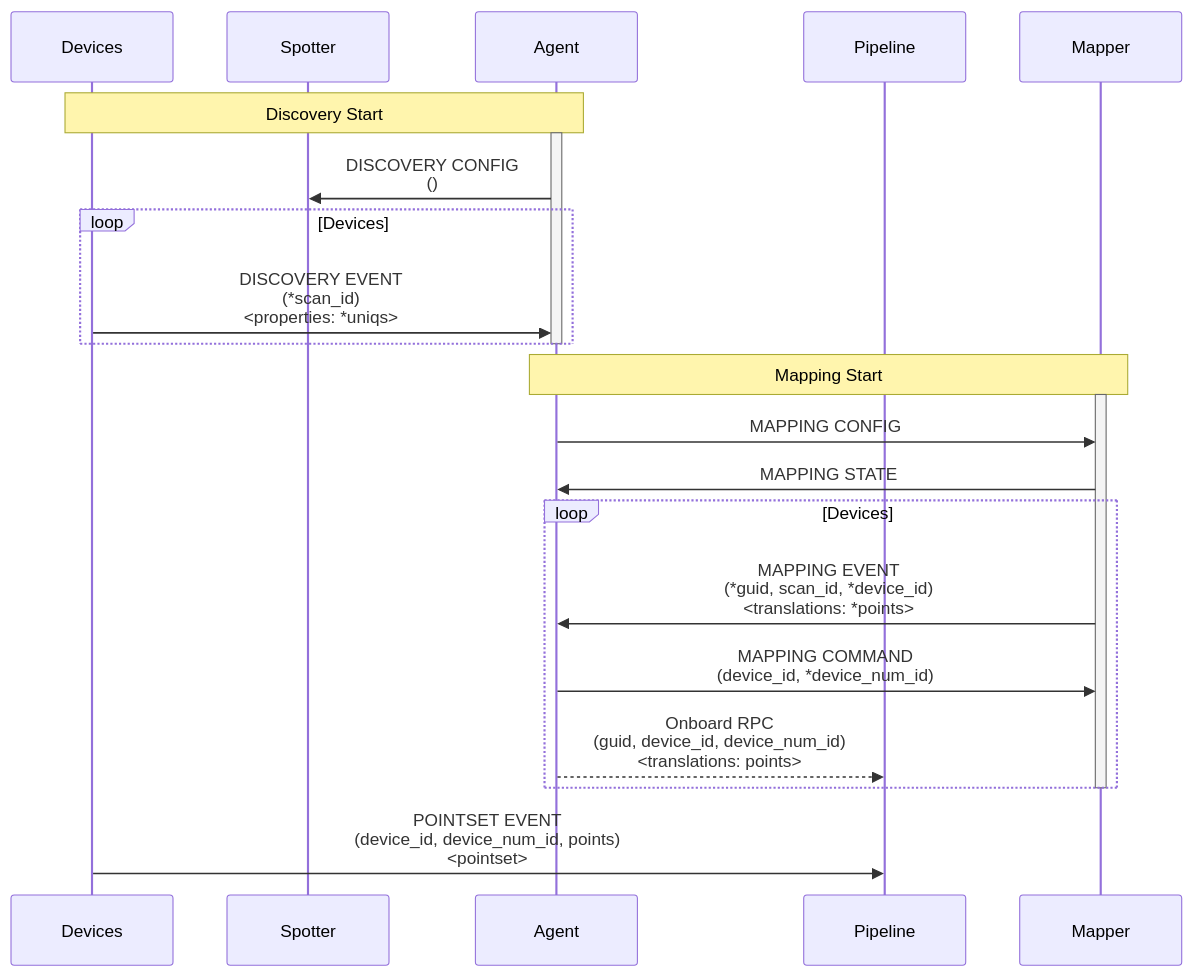
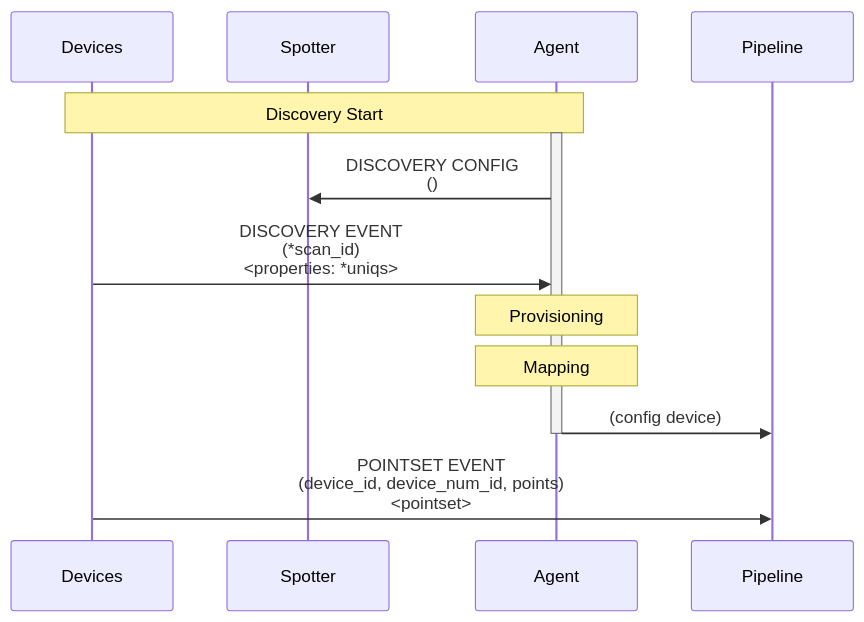
Before and after one commit to faucetsdn/udmi: the diagram in docs/specs/discovery.md, drawn with Mermaid. The commit also changed 2 other files, not shown here.

````diff
--- a/docs/specs/discovery.md
+++ b/docs/specs/discovery.md
@@ -32,26 +32,17 @@
 ```mermaid
 sequenceDiagram
   %%{wrap}%%
   participant Devices
   participant Spotter
   participant Agent
   participant Pipeline
   Note over Devices, Agent: Discovery Start
   activate Agent
   Agent->>Spotter: DISCOVERY CONFIG<br/>()
-  loop Devices
-    Devices->>Agent: DISCOVERY EVENT<br/>(*scan_id)<br/><properties: *uniqs>
-  end
+  Devices->>Agent: DISCOVERY EVENT<br/>(*scan_id)<br/><properties: *uniqs>
+  Note over Agent: Provisioning
+  Note over Agent: Mapping
+  Agent ->> Pipeline: (config device)
   deactivate Agent
-  Note over Agent, Mapper: Mapping Start
-  activate Mapper
-  Agent->>Mapper: MAPPING CONFIG
-  Mapper->>Agent: MAPPING STATE
-  loop Devices
-    Mapper->>Agent: MAPPING EVENT<br/>(*guid, scan_id, *device_id)<br/><translations: *points>
-    Agent->>Mapper: MAPPING COMMAND<br/>(device_id, *device_num_id)
-    Agent-->>Pipeline: Onboard RPC<br/>(guid, device_id, device_num_id)<br/><translations: points>
-  end
-  deactivate Mapper
   Devices->>Pipeline: POINTSET EVENT<br/>(device_id, device_num_id, points)<br/><pointset>
 ```
````
